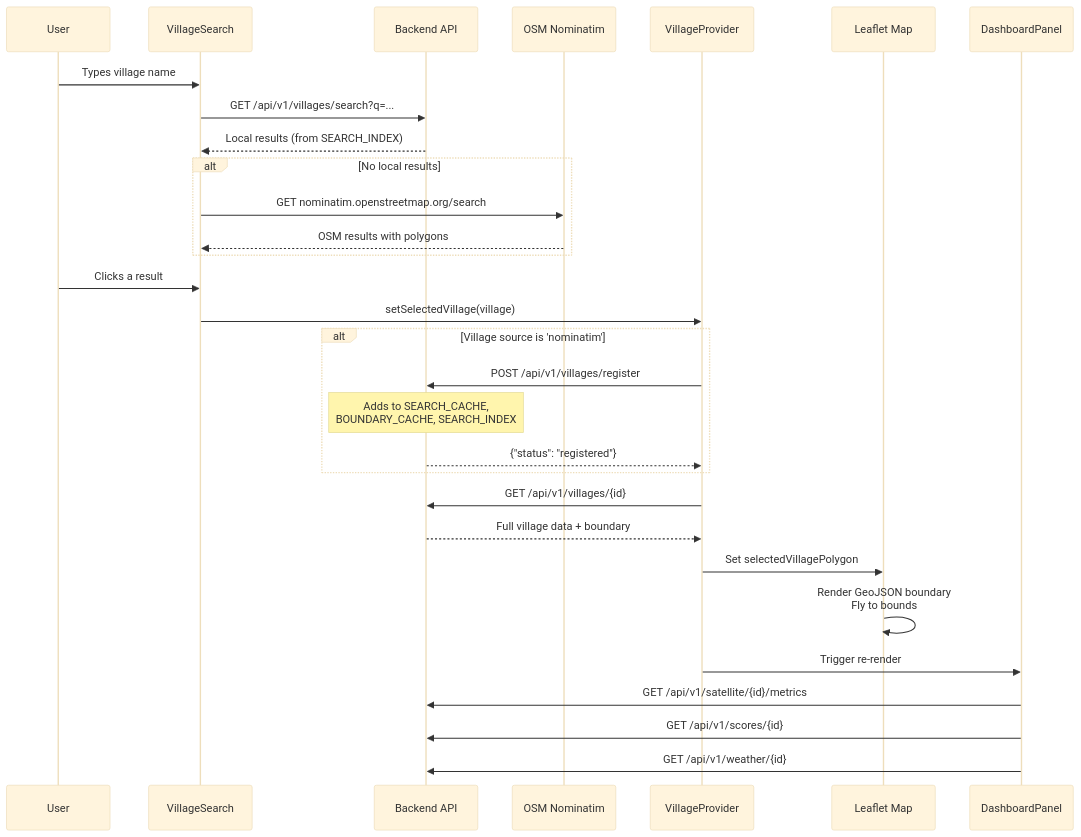
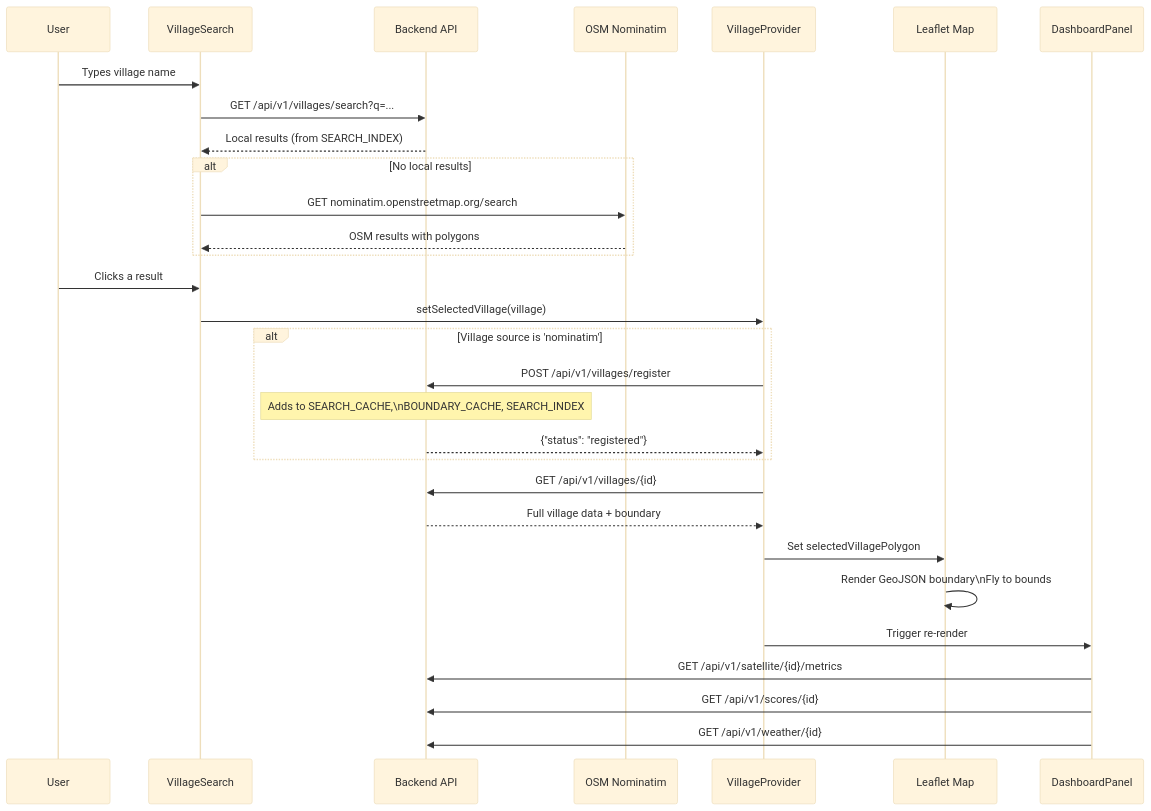
One commit to Shwetapatil13/GramDrishti changed the second of 11 diagrams in PROJECT_WORKFLOW.md. Above: the diagram before and after it, drawn with Mermaid (base theme). The commit also changed other lines of this file and 6 other files, not shown here.

Commit message:
clean up documentation formatting and improve clarity in project roadmap files

````diff
--- a/PROJECT_WORKFLOW.md
+++ b/PROJECT_WORKFLOW.md
@@ -74,39 +74,39 @@
 ```mermaid
 sequenceDiagram
     participant User
     participant SearchBar as VillageSearch
     participant API as Backend API
     participant Nominatim as OSM Nominatim
     participant VillageCtx as VillageProvider
     participant Map as Leaflet Map
     participant Sidebar as DashboardPanel
 
     User->>SearchBar: Types village name
     SearchBar->>API: GET /api/v1/villages/search?q=...
     API-->>SearchBar: Local results (from SEARCH_INDEX)
 
     alt No local results
         SearchBar->>Nominatim: GET nominatim.openstreetmap.org/search
         Nominatim-->>SearchBar: OSM results with polygons
     end
 
     User->>SearchBar: Clicks a result
     SearchBar->>VillageCtx: setSelectedVillage(village)
 
     alt Village source is 'nominatim'
         VillageCtx->>API: POST /api/v1/villages/register
-        Note over API: Adds to SEARCH_CACHE,<br/>BOUNDARY_CACHE, SEARCH_INDEX
+        Note over API: Adds to SEARCH_CACHE,\nBOUNDARY_CACHE, SEARCH_INDEX
         API-->>VillageCtx: {"status": "registered"}
     end
 
     VillageCtx->>API: GET /api/v1/villages/{id}
     API-->>VillageCtx: Full village data + boundary
 
     VillageCtx->>Map: Set selectedVillagePolygon
-    Map->>Map: Render GeoJSON boundary<br/>Fly to bounds
+    Map->>Map: Render GeoJSON boundary\nFly to bounds
 
     VillageCtx->>Sidebar: Trigger re-render
     Sidebar->>API: GET /api/v1/satellite/{id}/metrics
     Sidebar->>API: GET /api/v1/scores/{id}
     Sidebar->>API: GET /api/v1/weather/{id}
 ```
````
